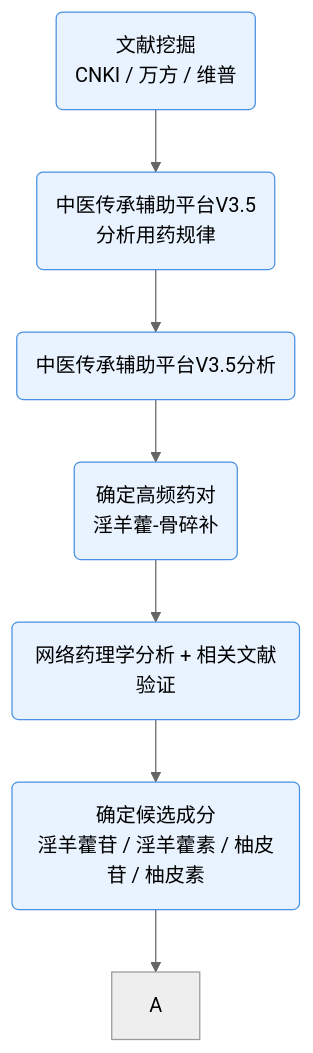
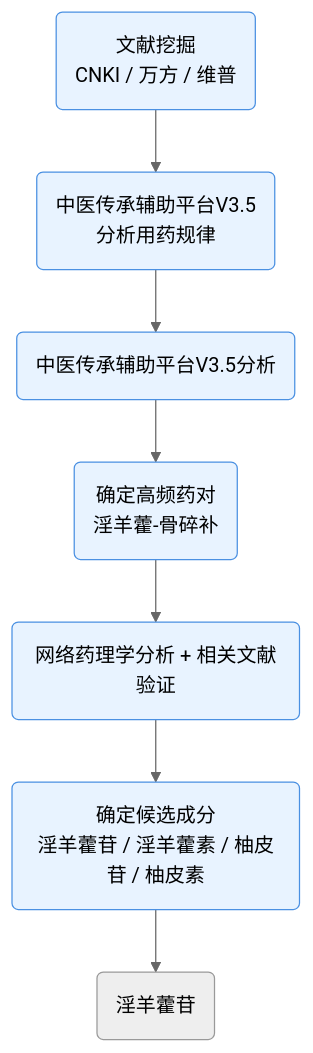
One commit to Yaotian99/iodraw-files changed the diagram in all/未命名-1.md. Above: the diagram before and after it, drawn with Mermaid (neutral theme).

Commit message:
2026-06-24 09:03:31 update

````diff
--- a/all/未命名-1.md
+++ b/all/未命名-1.md
@@ -1,19 +1,19 @@
 ```mermaid
 graph TD
 
 A1(文献挖掘<br/>CNKI / 万方 / 维普) --> A2(中医传承辅助平台V3.5<br/>分析用药规律)
 A2 --> A3(中医传承辅助平台V3.5分析)
 A3 --> A4(确定高频药对<br/>淫羊藿-骨碎补)
 A4 --> A5(网络药理学分析 + 相关文献验证)
 A5 --> A6(确定候选成分<br/>淫羊藿苷 / 淫羊藿素 / 柚皮苷 / 柚皮素)
-A6 --> A
+A6 --> A7(淫羊藿苷)
 
 classDef basis fill:#E8F3FF,stroke:#4A90E2,stroke-width:1px,color:#000;
 classDef network fill:#EAF8EF,stroke:#43A047,stroke-width:1px,color:#000;
 classDef result fill:#FFECEC,stroke:#E53935,stroke-width:1px,color:#000;
 
 class A1,A2,A3,A4,A5,A6 basis;
 class B1,B2,B3,B4,B5,B6 network;
 class C1,C2,C3 result;
   
 ```
````
